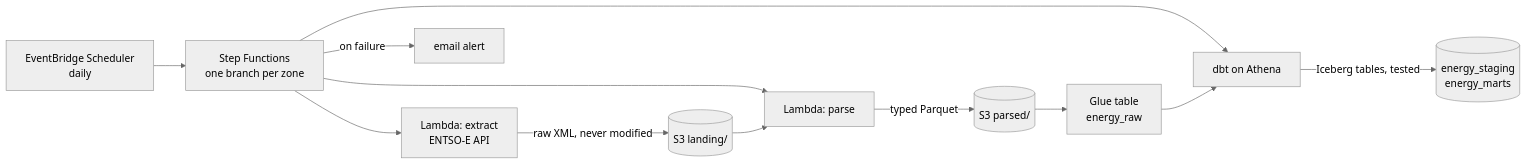
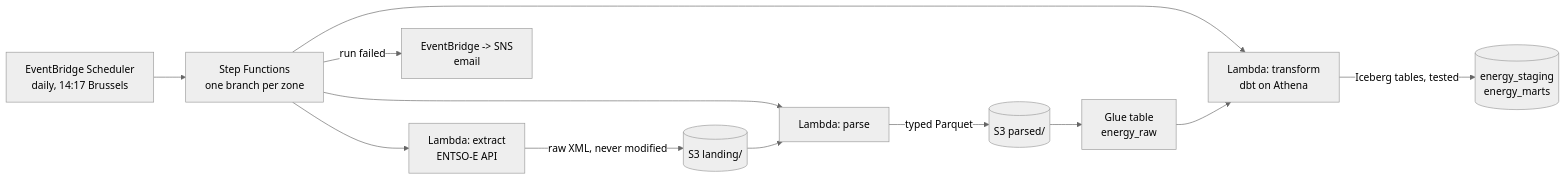
One commit to OtoTediashvili/energy-data-aws changed the diagram in README.md. Above: the diagram before and after it, drawn with Mermaid (neutral theme). The commit also changed other lines of this file and 27 other files, not shown here.

Commit message:
Orchestration: daily and backfill state machines, dbt in Lambda, schedule, failure alerts

````diff
--- a/README.md
+++ b/README.md
@@ -18,14 +18,14 @@
 ```mermaid
 flowchart LR
-    sched["EventBridge Scheduler<br/>daily"] --> sfn["Step Functions<br/>one branch per zone"]
+    sched["EventBridge Scheduler<br/>daily, 14:17 Brussels"] --> sfn["Step Functions<br/>one branch per zone"]
     sfn --> extract["Lambda: extract<br/>ENTSO-E API"]
     extract -->|"raw XML, never modified"| landing[("S3 landing/")]
     sfn --> parse["Lambda: parse"]
     landing --> parse
     parse -->|"typed Parquet"| parsed[("S3 parsed/")]
     parsed --> raw["Glue table<br/>energy_raw"]
-    sfn --> dbt["dbt on Athena"]
+    sfn --> dbt["Lambda: transform<br/>dbt on Athena"]
     raw --> dbt
     dbt -->|"Iceberg tables, tested"| marts[("energy_staging<br/>energy_marts")]
-    sfn -->|"on failure"| alert["email alert"]
+    sfn -->|"run failed"| alert["EventBridge -> SNS<br/>email"]
 ```
````
